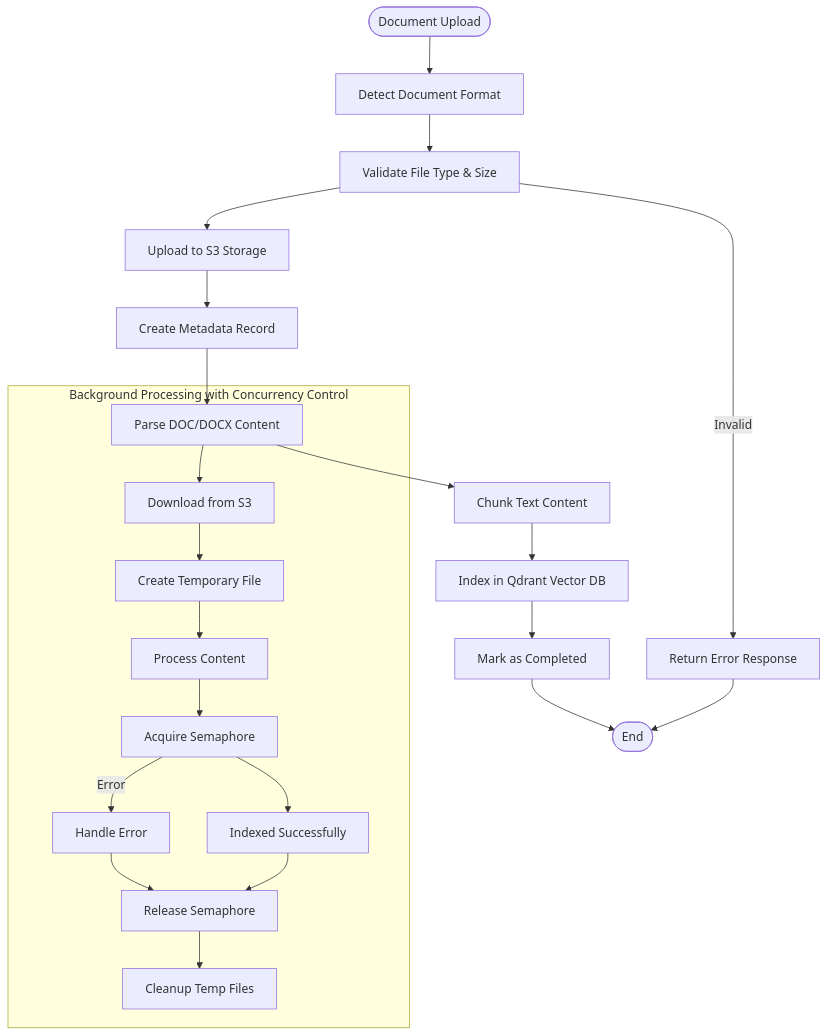
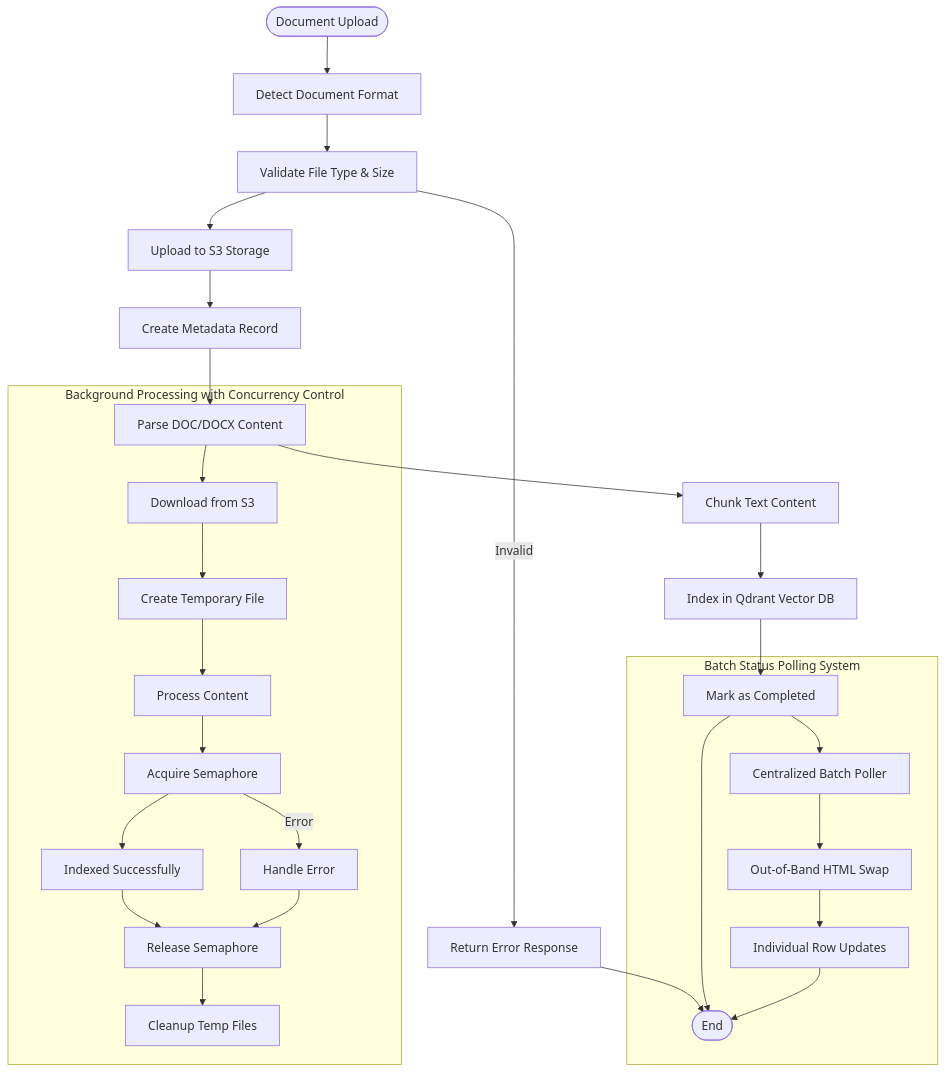
The fourth of 21 diagrams in .qoder/repowiki/en/content/Document Management System.md (ognelis/cafetera_hr_bot), drawn with Mermaid before and after one commit. The commit also changed other lines of this file and 9 other files, not shown here.

````diff
--- a/.qoder/repowiki/en/content/Document Management System.md
+++ b/.qoder/repowiki/en/content/Document Management System.md
@@ -282,25 +277,31 @@
 ```mermaid
 flowchart TD
 Start([Document Upload]) --> DetectFormat[Detect Document Format]
 DetectFormat --> Validate[Validate File Type & Size]
 Validate --> Upload[Upload to S3 Storage]
 Upload --> CreateMeta[Create Metadata Record]
 CreateMeta --> Parse[Parse DOC/DOCX Content]
 Parse --> Chunk[Chunk Text Content]
 Chunk --> Index[Index in Qdrant Vector DB]
 Index --> Complete[Mark as Completed]
 Validate --> |Invalid| Error[Return Error Response]
 Error --> End([End])
 Complete --> End
 subgraph "Background Processing with Concurrency Control"
 Parse --> Download[Download from S3]
 Download --> TempFile[Create Temporary File]
 TempFile --> Process[Process Content]
 Process --> Semaphore[Acquire Semaphore]
 Semaphore --> Indexed[Indexed Successfully]
 Semaphore --> |Error| Failed[Handle Error]
 Indexed --> Release[Release Semaphore]
 Failed --> Release
 Release --> Cleanup[Cleanup Temp Files]
 end
+subgraph "Batch Status Polling System"
+Complete --> BatchPoller[Centralized Batch Poller]
+BatchPoller --> OOBSwap[Out-of-Band HTML Swap]
+OOBSwap --> StatusUpdate[Individual Row Updates]
+StatusUpdate --> End
+end
 ```
````
